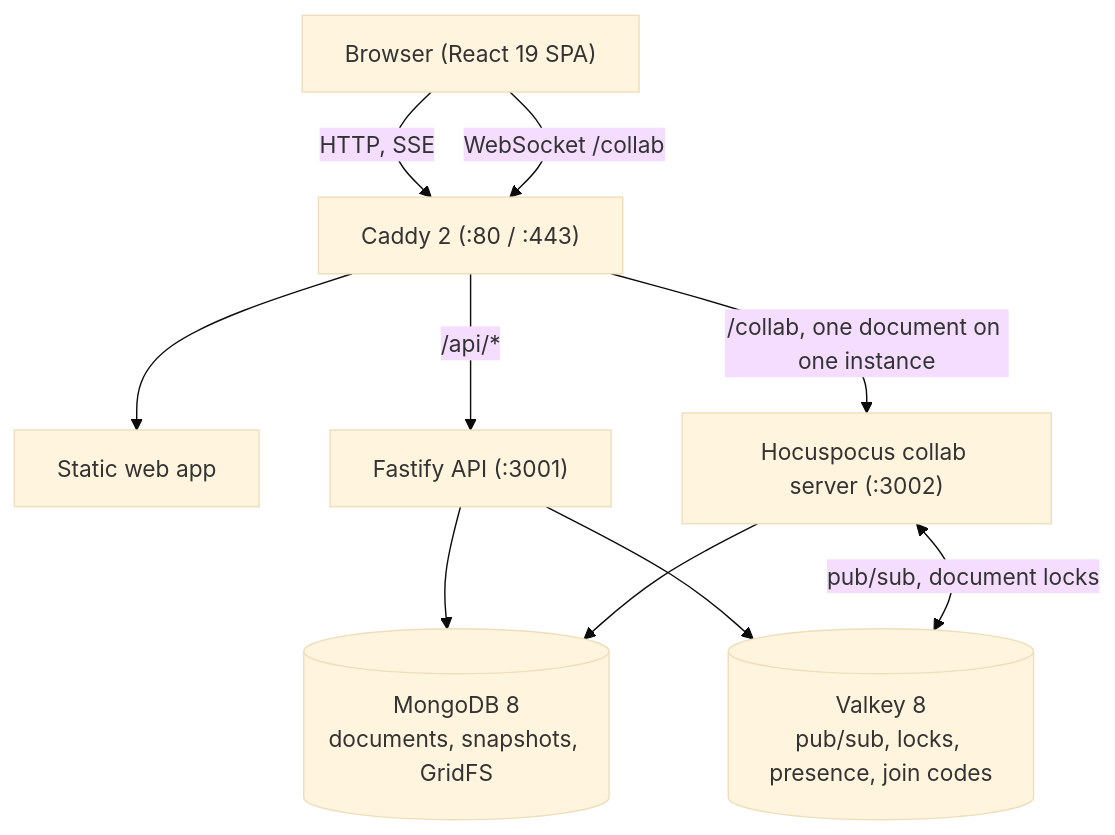
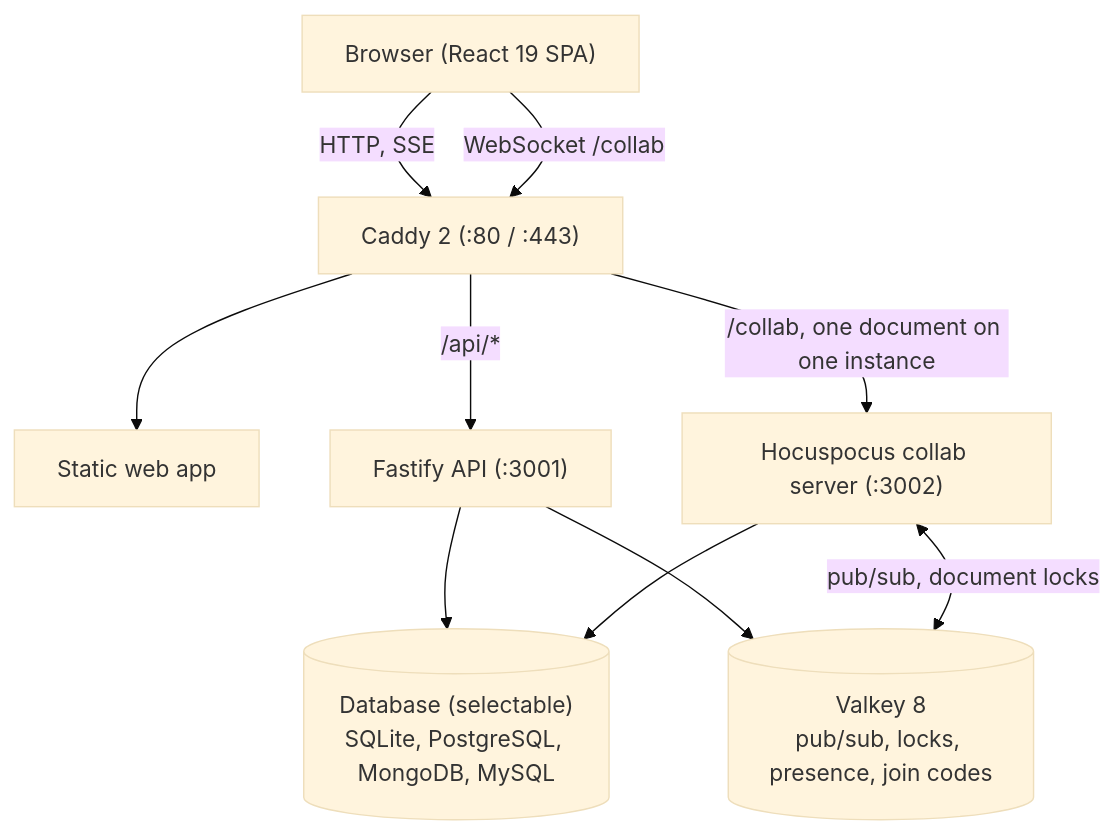
One commit to kim0040/codesh changed the diagram in README.md. Above: the diagram before and after it, drawn with Mermaid (base theme). The commit also changed other lines of this file and 1 other file, not shown here.

````diff
--- a/README.md
+++ b/README.md
@@ -220,20 +152,20 @@
 ```mermaid
 graph TD
     Browser["Browser (React 19 SPA)"]
     Caddy["Caddy 2 (:80 / :443)"]
     Web["Static web app"]
     API["Fastify API (:3001)"]
     Collab["Hocuspocus collab server (:3002)"]
-    MongoDB[("MongoDB 8<br/>documents, snapshots, GridFS")]
+    DB[("Database (selectable)<br/>SQLite, PostgreSQL, MongoDB, MySQL")]
     Valkey[("Valkey 8<br/>pub/sub, locks, presence, join codes")]
 
     Browser -->|"HTTP, SSE"| Caddy
     Browser -->|"WebSocket /collab"| Caddy
     Caddy --> Web
     Caddy -->|"/api/*"| API
     Caddy -->|"/collab, one document on one instance"| Collab
-    API --> MongoDB
+    API --> DB
     API --> Valkey
-    Collab --> MongoDB
+    Collab --> DB
     Collab <-->|"pub/sub, document locks"| Valkey
 ```
````
